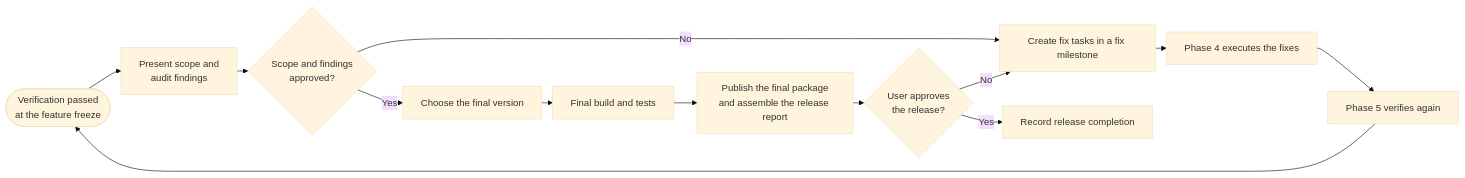
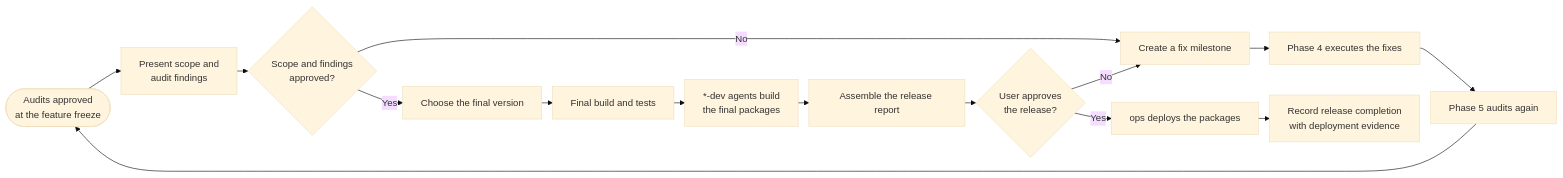
Before and after one commit to lyndametref/opencode-dev-workflow: the diagram in workflows/orchestrator/6-Release.md, drawn with Mermaid (base theme). The commit also changed other lines of this file and 9 other files, not shown here.

````diff
--- a/workflows/orchestrator/6-Release.md
+++ b/workflows/orchestrator/6-Release.md
@@ -29,16 +29,18 @@
 ```mermaid
 %%{init: {"flowchart": {"nodeSpacing": 10, "rankSpacing": 18}}}%%
 flowchart LR
-    IN([Verification passed<br/>at the feature freeze]) --> GATE["Present scope and<br/>audit findings"]
+    IN([Audits approved<br/>at the feature freeze]) --> GATE["Present scope and<br/>audit findings"]
     GATE --> OK{"Scope and findings<br/>approved?"}
-    OK -->|"No"| FIX["Create fix tasks in a fix milestone"]
+    OK -->|"No"| FIX["Create a fix milestone"]
     OK -->|"Yes"| VERSION["Choose the final version"]
     VERSION --> BUILD["Final build and tests"]
-    BUILD --> PKG["Publish the final package<br/>and assemble the release report"]
-    PKG --> APPROVE{"User approves<br/>the release?"}
+    BUILD --> PKG["*-dev agents build<br/>the final packages"]
+    PKG --> REPORT["Assemble the release report"]
+    REPORT --> APPROVE{"User approves<br/>the release?"}
     APPROVE -->|"No"| FIX
+    APPROVE -->|"Yes"| DEPLOY["ops deploys the packages"]
+    DEPLOY --> CLOSE["Record release completion<br/>with deployment evidence"]
     FIX --> IMPL["Phase 4 executes the fixes"]
-    IMPL --> VER["Phase 5 verifies again"]
-    VER --> IN
-    APPROVE -->|"Yes"| CLOSE["Record release completion"]
+    IMPL --> AUD["Phase 5 audits again"]
+    AUD --> IN
 ```
````
